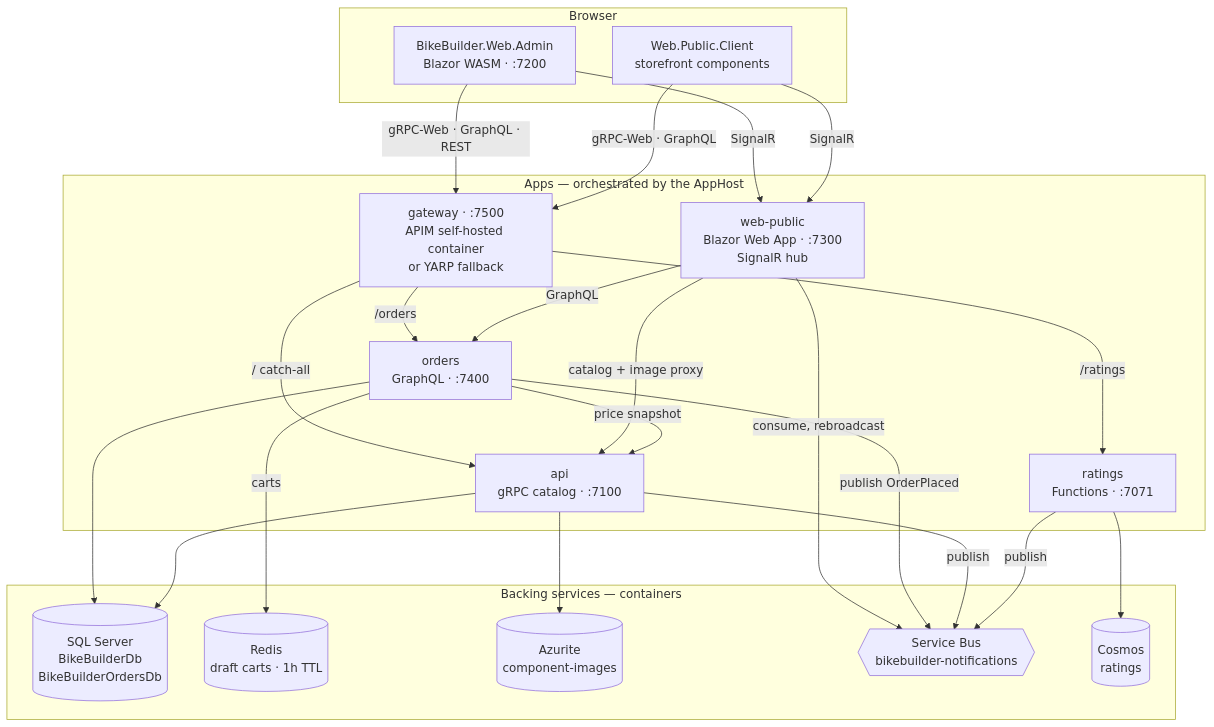
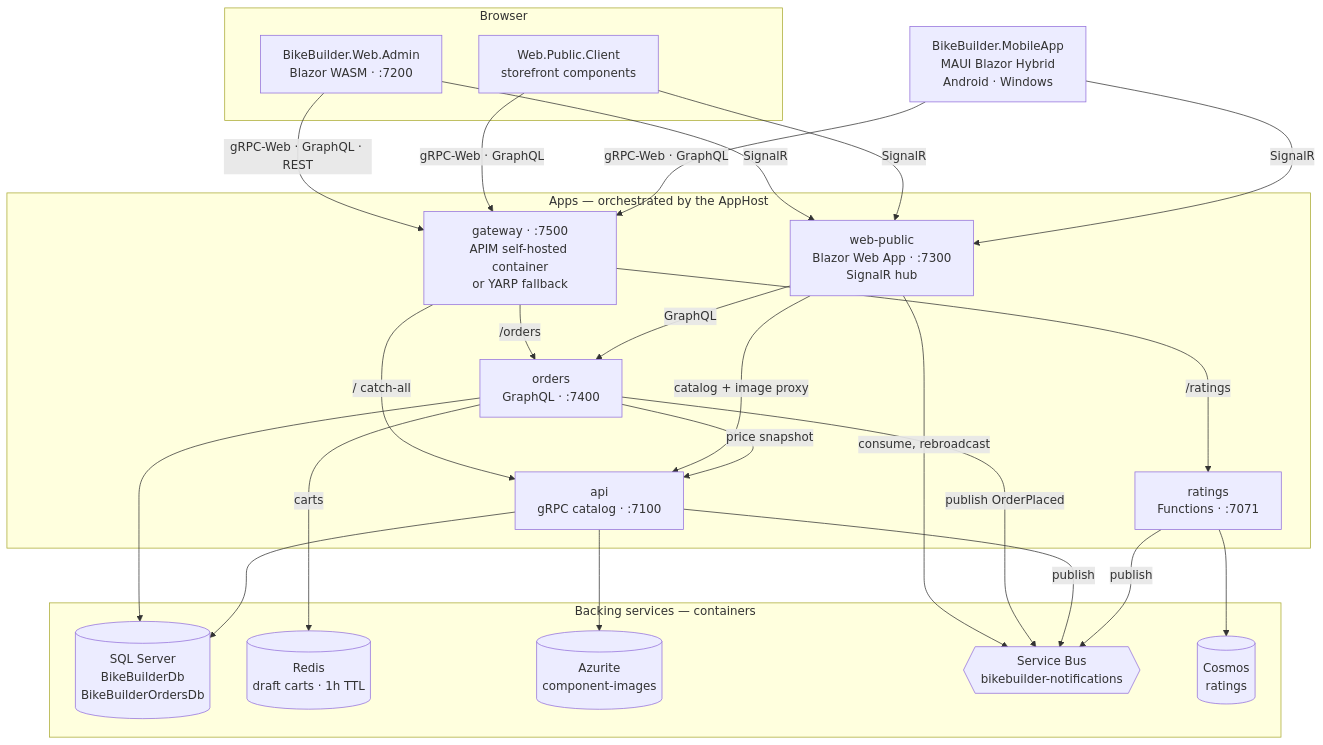
Before and after one commit to nickshepherd1983/BikeBuilderAspire: the first of 2 diagrams in README.md, drawn with Mermaid. The commit also changed other lines of this file and 61 other files, not shown here.

````diff
--- a/README.md
+++ b/README.md
@@ -34,45 +36,49 @@
 ```mermaid
 flowchart TB
     subgraph browser["Browser"]
         web["BikeBuilder.Web.Admin<br/>Blazor WASM · :7200"]
         client["Web.Public.Client<br/>storefront components"]
     end
+
+    mobile["BikeBuilder.MobileApp<br/>MAUI Blazor Hybrid<br/>Android · Windows"]
 
     subgraph apps["Apps — orchestrated by the AppHost"]
         gateway["gateway · :7500<br/>APIM self-hosted container<br/>or YARP fallback"]
         webpublic["web-public<br/>Blazor Web App · :7300<br/>SignalR hub"]
         orders["orders<br/>GraphQL · :7400"]
         api["api<br/>gRPC catalog · :7100"]
         ratings["ratings<br/>Functions · :7071"]
     end
 
     subgraph backing["Backing services — containers"]
         sql[("SQL Server<br/>BikeBuilderDb<br/>BikeBuilderOrdersDb")]
         redis[("Redis<br/>draft carts · 1h TTL")]
         blob[("Azurite<br/>component-images")]
         bus{{"Service Bus<br/>bikebuilder-notifications"}}
         cosmos[("Cosmos<br/>ratings")]
     end
 
     web -->|gRPC-Web · GraphQL · REST| gateway
     web -->|SignalR| webpublic
     client -->|gRPC-Web · GraphQL| gateway
     client -->|SignalR| webpublic
+    mobile -->|gRPC-Web · GraphQL| gateway
+    mobile -->|SignalR| webpublic
 
     gateway -->|/ catch-all| api
     gateway -->|/orders| orders
     gateway -->|/ratings| ratings
 
     webpublic -->|catalog + image proxy| api
     webpublic -->|GraphQL| orders
     webpublic -->|consume, rebroadcast| bus
     orders -->|price snapshot| api
     orders -->|carts| redis
     orders --> sql
     orders -->|publish OrderPlaced| bus
     api --> sql
     api --> blob
     api -->|publish| bus
     ratings --> cosmos
     ratings -->|publish| bus
 ```
````
